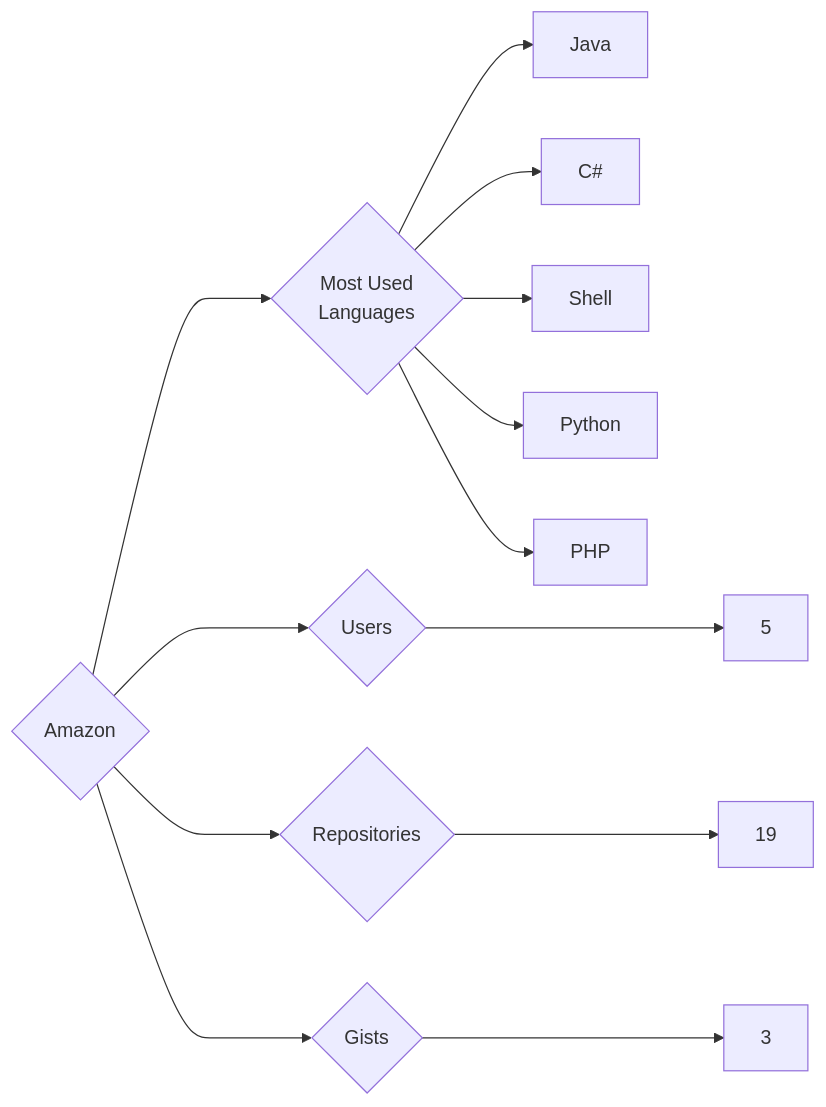
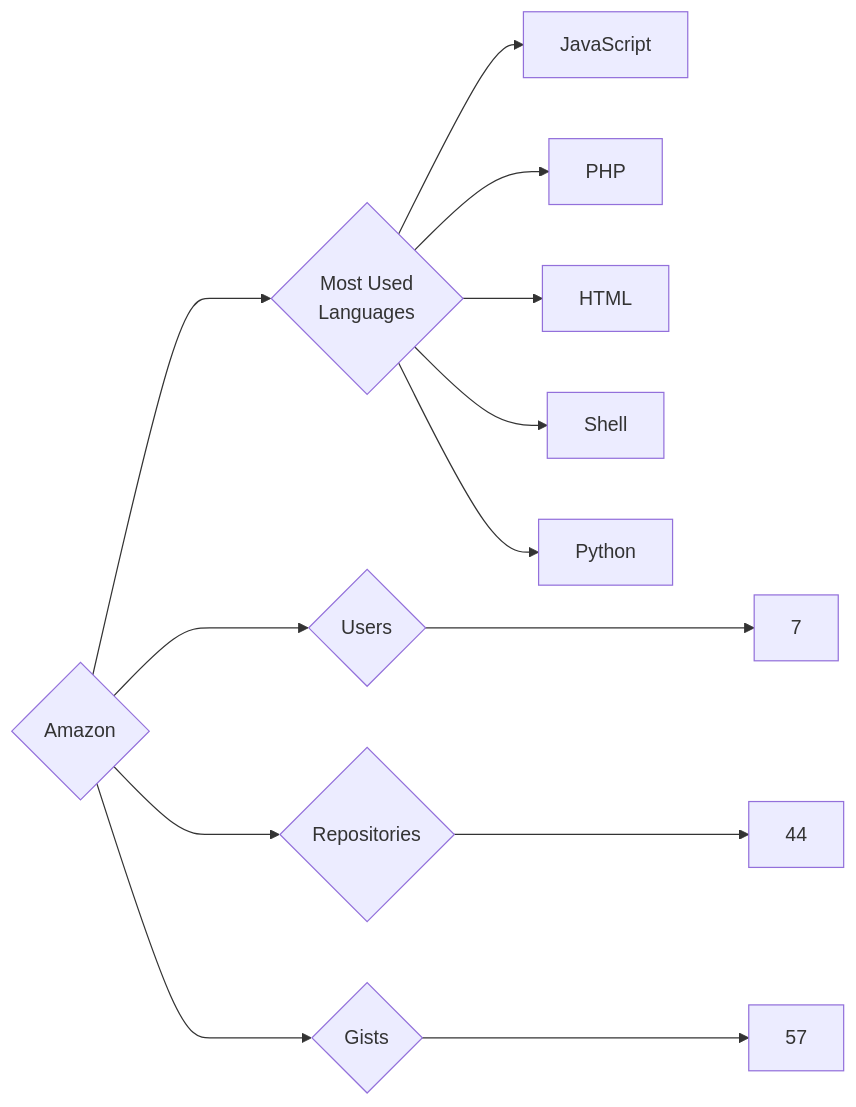
The diagram in targets/Amazon/README.md (trickest/insiders), drawn with Mermaid before and after one commit. The commit also changed 1149 other files, not shown here.

````diff
--- a/targets/Amazon/README.md
+++ b/targets/Amazon/README.md
@@ -3,13 +3,13 @@
 ```mermaid
 graph LR
 COMPANY_NAME{Amazon}
-COMPANY_NAME ---> U{Users} ---> UN[5]
-COMPANY_NAME ---> R{Repositories} ---> RN[19]
-COMPANY_NAME ---> G{Gists} ---> GN[3]
+COMPANY_NAME ---> U{Users} ---> UN[7]
+COMPANY_NAME ---> R{Repositories} ---> RN[44]
+COMPANY_NAME ---> G{Gists} ---> GN[57]
 COMPANY_NAME ---> ML{Most Used<br>Languages}
-ML --> Java[Java]
-ML --> C#[C#]
+ML --> JavaScript[JavaScript]
+ML --> PHP[PHP]
+ML --> HTML[HTML]
 ML --> Shell[Shell]
 ML --> Python[Python]
-ML --> PHP[PHP]
 ```
````
